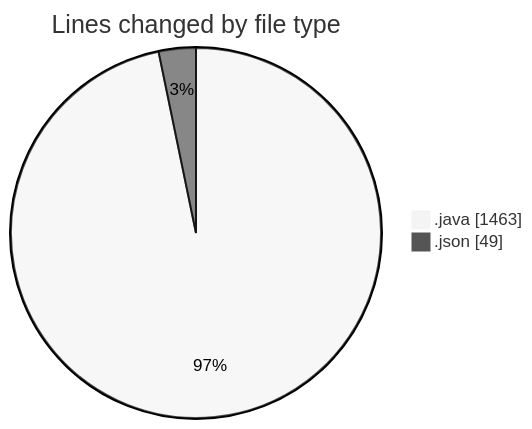
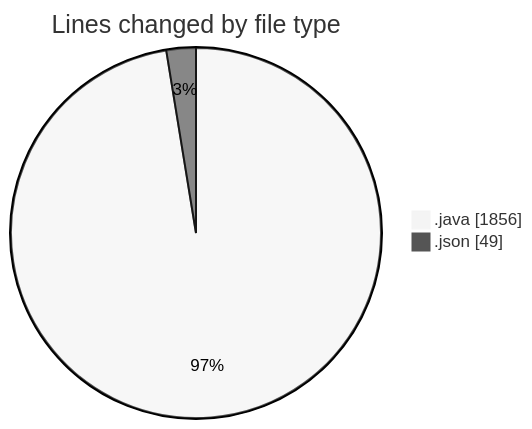
The first of 2 diagrams in 2026-11-26/cilreports__workspace_/README.md (ricardozamudiocil/code-tracking), drawn with Mermaid (neutral theme) before and after one commit. The commit also changed other lines of this file and 1 other file, not shown here.

````diff
--- a/2026-11-26/cilreports__workspace_/README.md
+++ b/2026-11-26/cilreports__workspace_/README.md
@@ -22,6 +22,6 @@
 ```mermaid
 pie showData
 title Lines changed by file type
-".java" : 1463
+".java" : 1856
 ".json" : 49
 ```
````
